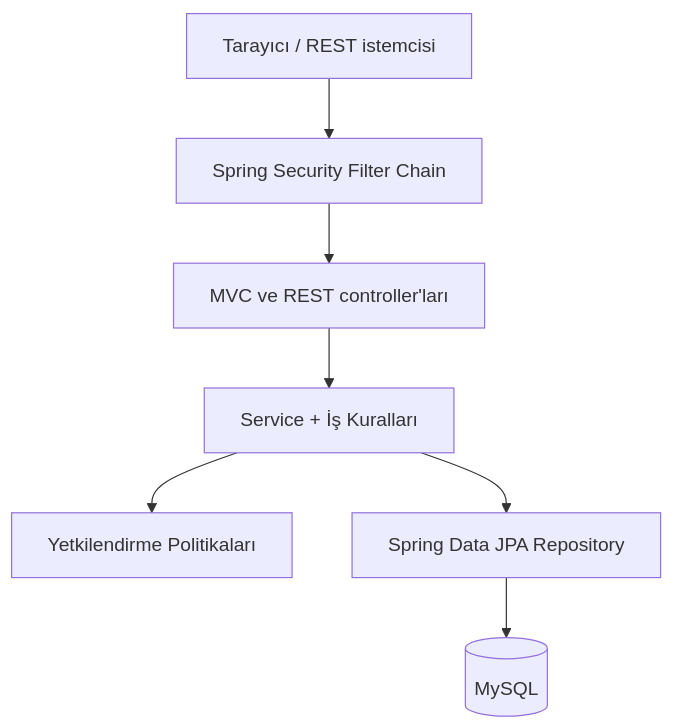
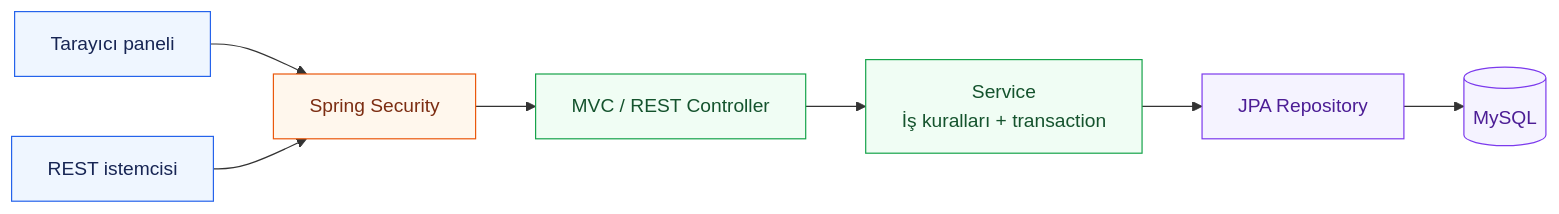
One commit to onurerkoc-dev/payguard changed the first of 3 diagrams in README.md. Above: the diagram before and after it, drawn with Mermaid. The commit also changed other lines of this file and 9 other files, not shown here.

````diff
--- a/README.md
+++ b/README.md
@@ -70,9 +98,18 @@
 ```mermaid
-flowchart TD
-    Client["Tarayıcı / REST istemcisi"] --> Security["Spring Security Filter Chain"]
-    Security --> Controller["MVC ve REST controller'ları"]
-    Controller --> Service["Service + İş Kuralları"]
-    Service --> Policy["Yetkilendirme Politikaları"]
-    Service --> Repository["Spring Data JPA Repository"]
-    Repository --> Database[("MySQL")]
+flowchart LR
+    UI["Tarayıcı paneli"] --> SEC["Spring Security"]
+    API["REST istemcisi"] --> SEC
+    SEC --> WEB["MVC / REST Controller"]
+    WEB --> SVC["Service<br/>İş kuralları + transaction"]
+    SVC --> REPO["JPA Repository"]
+    REPO --> DB[("MySQL")]
+
+    classDef client fill:#eff6ff,stroke:#2563eb,color:#172554
+    classDef security fill:#fff7ed,stroke:#ea580c,color:#7c2d12
+    classDef application fill:#f0fdf4,stroke:#16a34a,color:#14532d
+    classDef storage fill:#f5f3ff,stroke:#7c3aed,color:#4c1d95
+    class UI,API client
+    class SEC security
+    class WEB,SVC application
+    class REPO,DB storage
 ```
````
